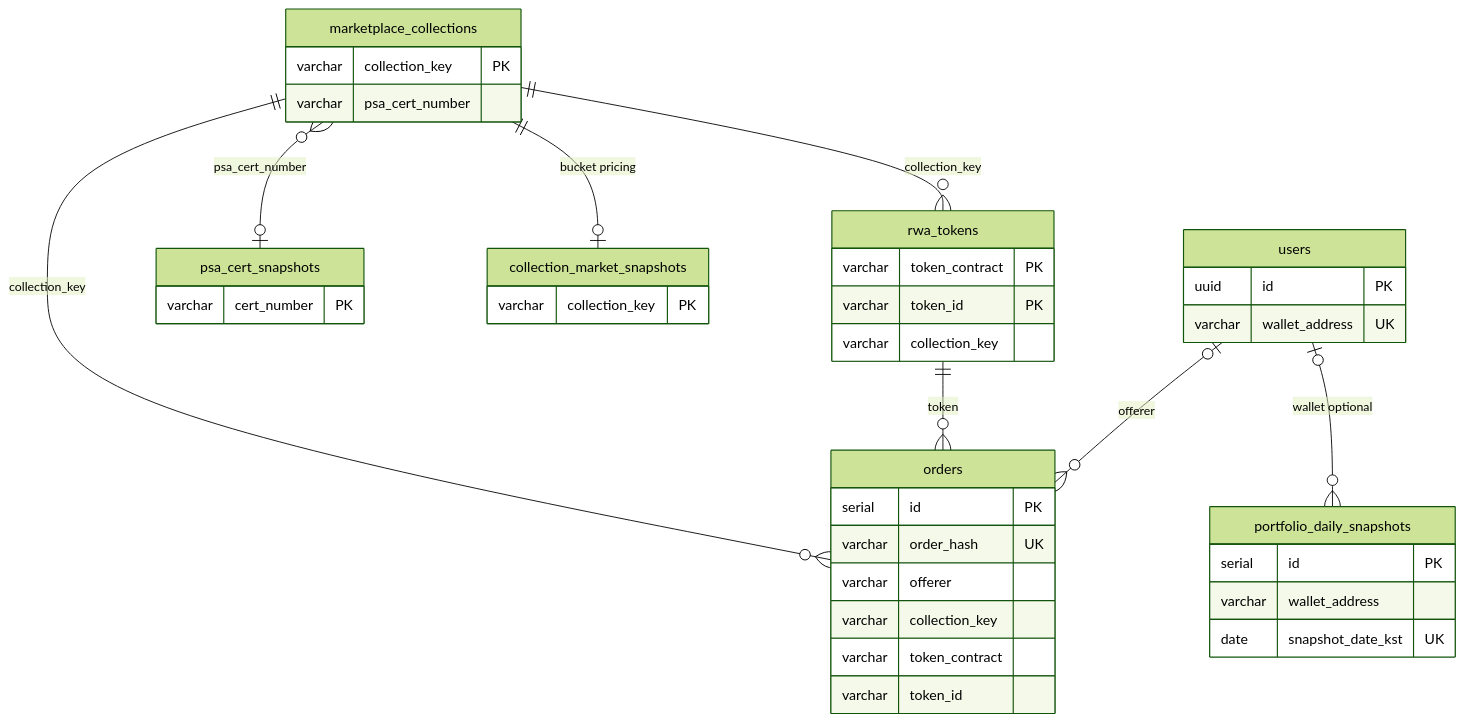
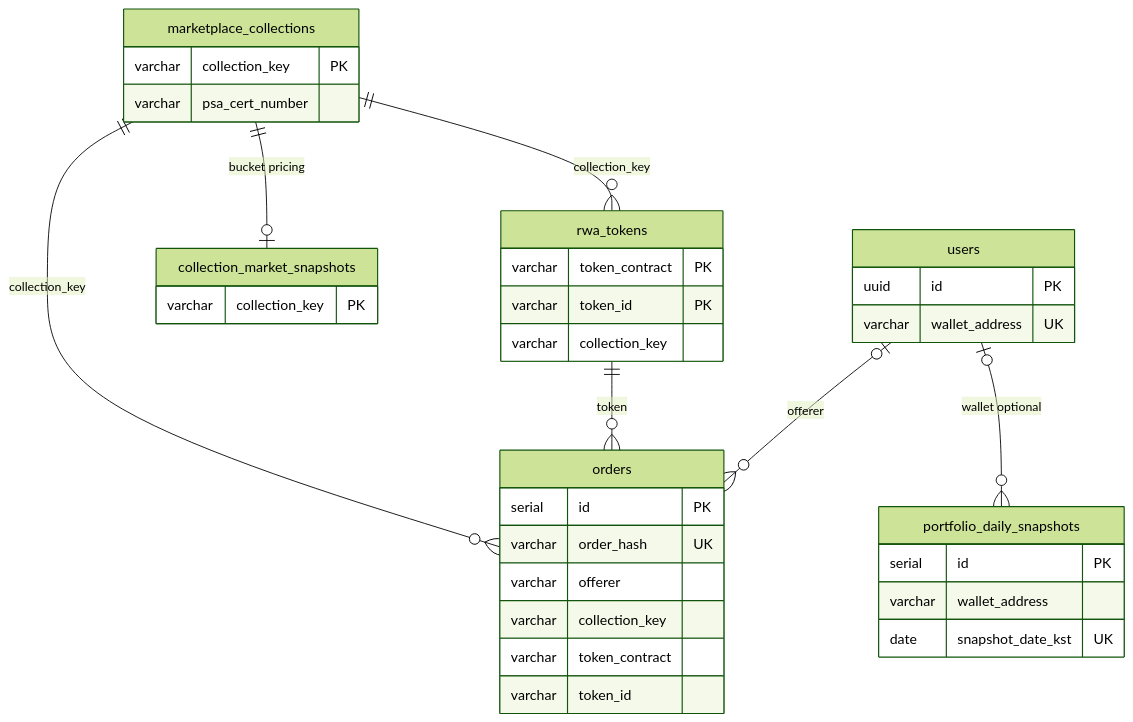
The third of 5 diagrams in docs/diagrams/marketplace-lifecycle.en.md (tokenable-dev/tokenable-dev), drawn with Mermaid (forest theme) before and after one commit. The commit also changed 512 other files, not shown here.

````diff
--- a/docs/diagrams/marketplace-lifecycle.en.md
+++ b/docs/diagrams/marketplace-lifecycle.en.md
@@ -218,43 +218,39 @@
 ```mermaid
 erDiagram
     users {
         uuid id PK
         varchar wallet_address UK
-    }
-    psa_cert_snapshots {
-        varchar cert_number PK
     }
     marketplace_collections {
         varchar collection_key PK
         varchar psa_cert_number
     }
     collection_market_snapshots {
         varchar collection_key PK
     }
     rwa_tokens {
         varchar token_contract PK
         varchar token_id PK
         varchar collection_key
     }
     orders {
         serial id PK
         varchar order_hash UK
         varchar offerer
         varchar collection_key
         varchar token_contract
         varchar token_id
     }
     portfolio_daily_snapshots {
         serial id PK
         varchar wallet_address
         date snapshot_date_kst UK
     }
 
     marketplace_collections ||--o| collection_market_snapshots : "bucket pricing"
     marketplace_collections ||--o{ orders : "collection_key"
     marketplace_collections ||--o{ rwa_tokens : "collection_key"
-    marketplace_collections }o--o| psa_cert_snapshots : "psa_cert_number"
     rwa_tokens ||--o{ orders : "token"
     users |o--o{ orders : "offerer"
     users |o--o{ portfolio_daily_snapshots : "wallet optional"
 ```
````
